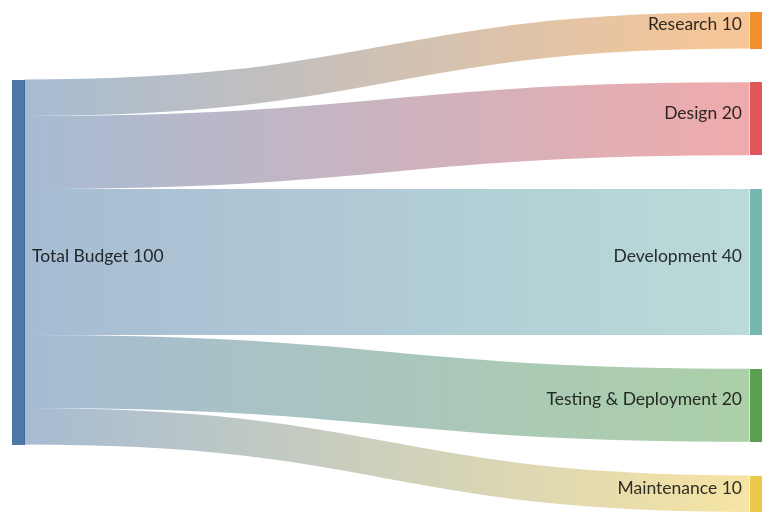
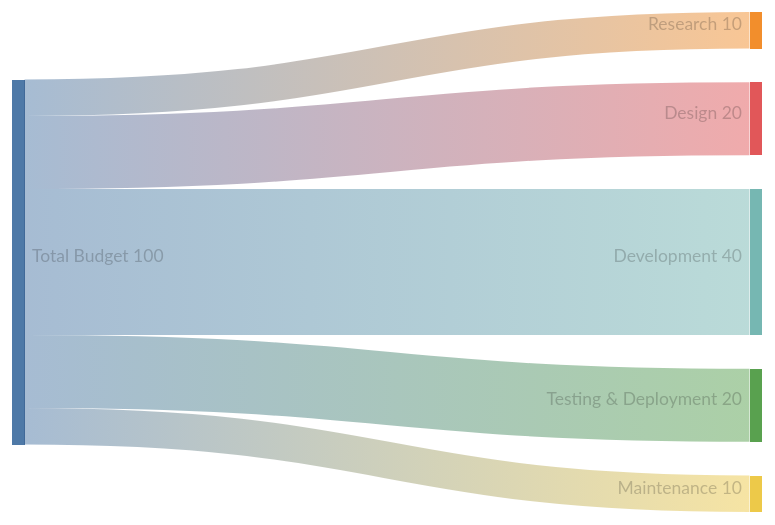
The first of 4 diagrams in src/app/blog/Web-App-Development-Cost-Breakdown/page.mdx (sherifButt/ll-site), drawn with Mermaid before and after one commit. The commit also changed other lines of this file and 2 other files, not shown here.

Commit message:
Trying to enhance mermaid but didnt work

````diff
--- a/src/app/blog/Web-App-Development-Cost-Breakdown/page.mdx
+++ b/src/app/blog/Web-App-Development-Cost-Breakdown/page.mdx
@@ -39,8 +39,13 @@
 ```mermaid
+---
+title: Web App Cost Breakdown Sankey Diagram
+config: 
+    theme: neo-dark
+---
 sankey-beta
   Total Budget,Research,10
   Total Budget,Design,20
   Total Budget,Development,40
   Total Budget,Testing & Deployment,20
   Total Budget,Maintenance,10
 ```
````
